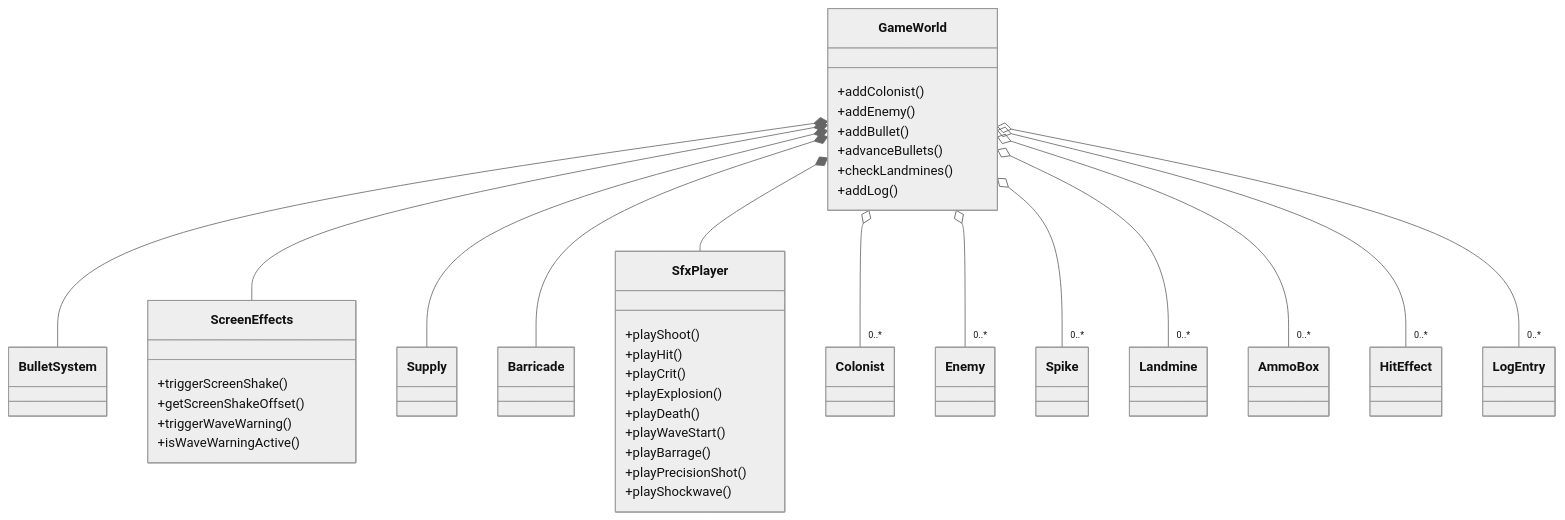
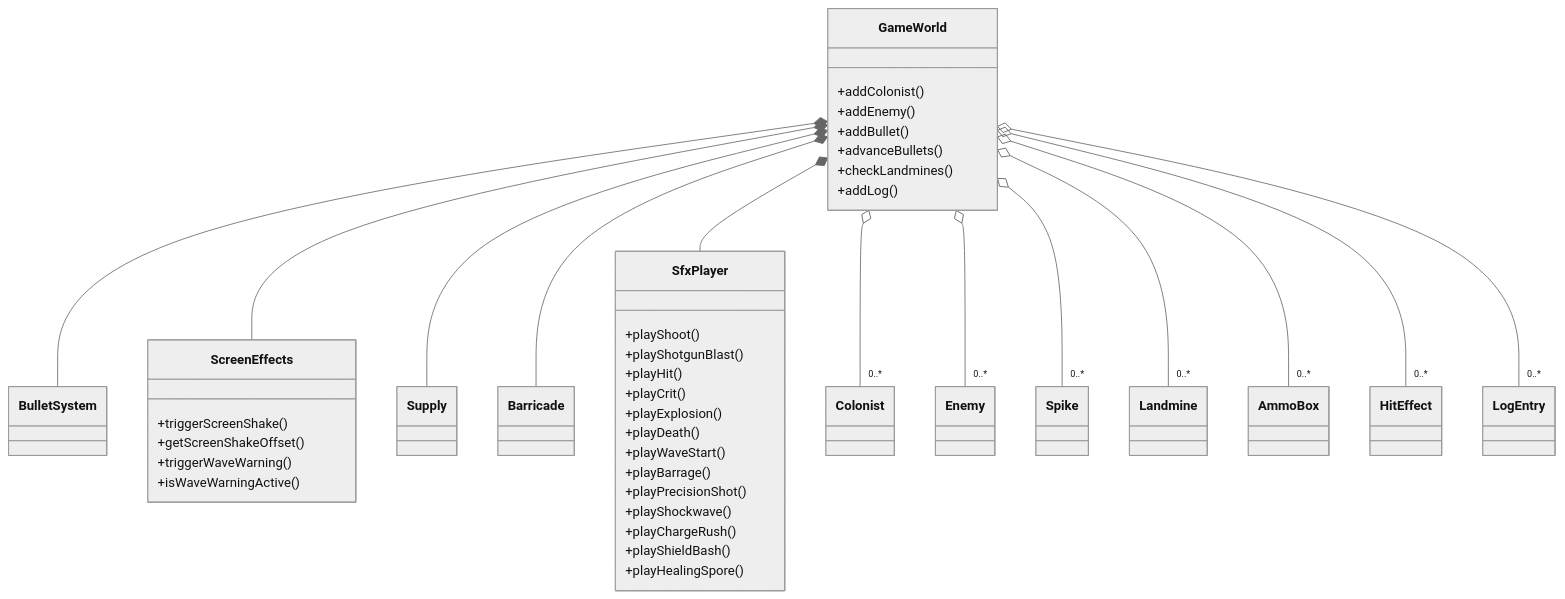
Before and after one commit to weweweme/teamnova_basic_class: the seventh of 12 diagrams in week6/CLAUDE.md, drawn with Mermaid (neutral theme). The commit also changed other lines of this file and 3 other files, not shown here.

````diff
--- a/week6/CLAUDE.md
+++ b/week6/CLAUDE.md
@@ -314,41 +343,45 @@
 ```mermaid
 classDiagram
     GameWorld *-- BulletSystem
     GameWorld *-- ScreenEffects
     GameWorld *-- Supply
     GameWorld *-- Barricade
     GameWorld *-- SfxPlayer
     GameWorld o-- "0..*" Colonist
     GameWorld o-- "0..*" Enemy
     GameWorld o-- "0..*" Spike
     GameWorld o-- "0..*" Landmine
     GameWorld o-- "0..*" AmmoBox
     GameWorld o-- "0..*" HitEffect
     GameWorld o-- "0..*" LogEntry
 
     class GameWorld {
         +addColonist()
         +addEnemy()
         +addBullet()
         +advanceBullets()
         +checkLandmines()
         +addLog()
     }
     class ScreenEffects {
         +triggerScreenShake()
         +getScreenShakeOffset()
         +triggerWaveWarning()
         +isWaveWarningActive()
     }
     class SfxPlayer {
         +playShoot()
+        +playShotgunBlast()
         +playHit()
         +playCrit()
         +playExplosion()
         +playDeath()
         +playWaveStart()
         +playBarrage()
         +playPrecisionShot()
         +playShockwave()
+        +playChargeRush()
+        +playShieldBash()
+        +playHealingSpore()
     }
 ```
````
